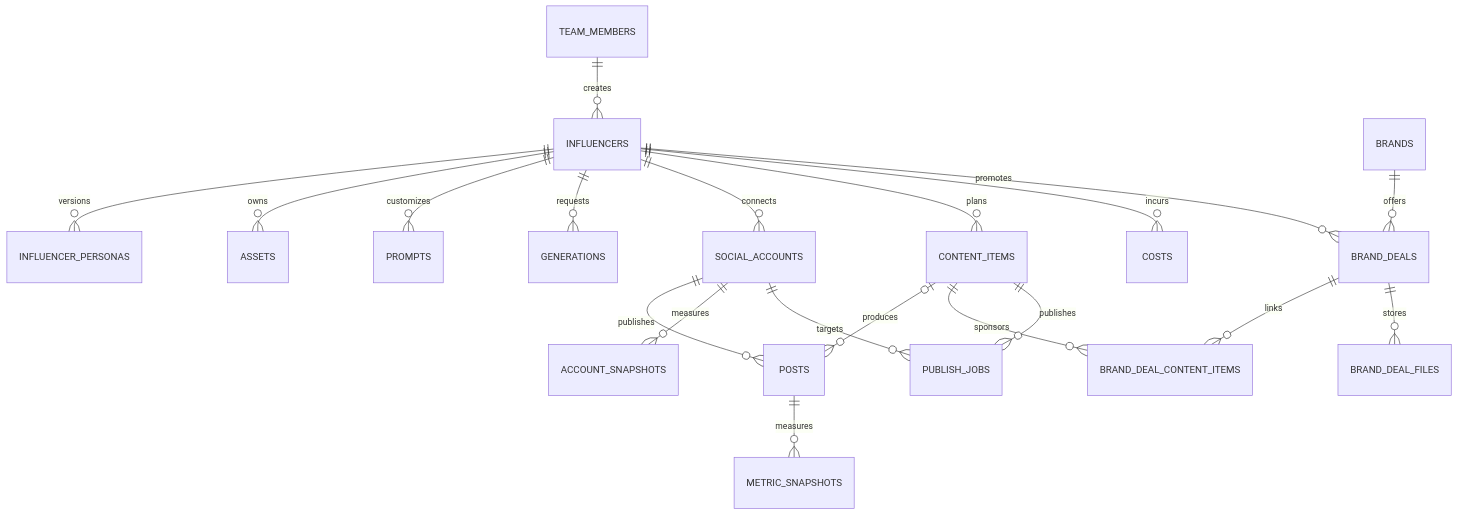
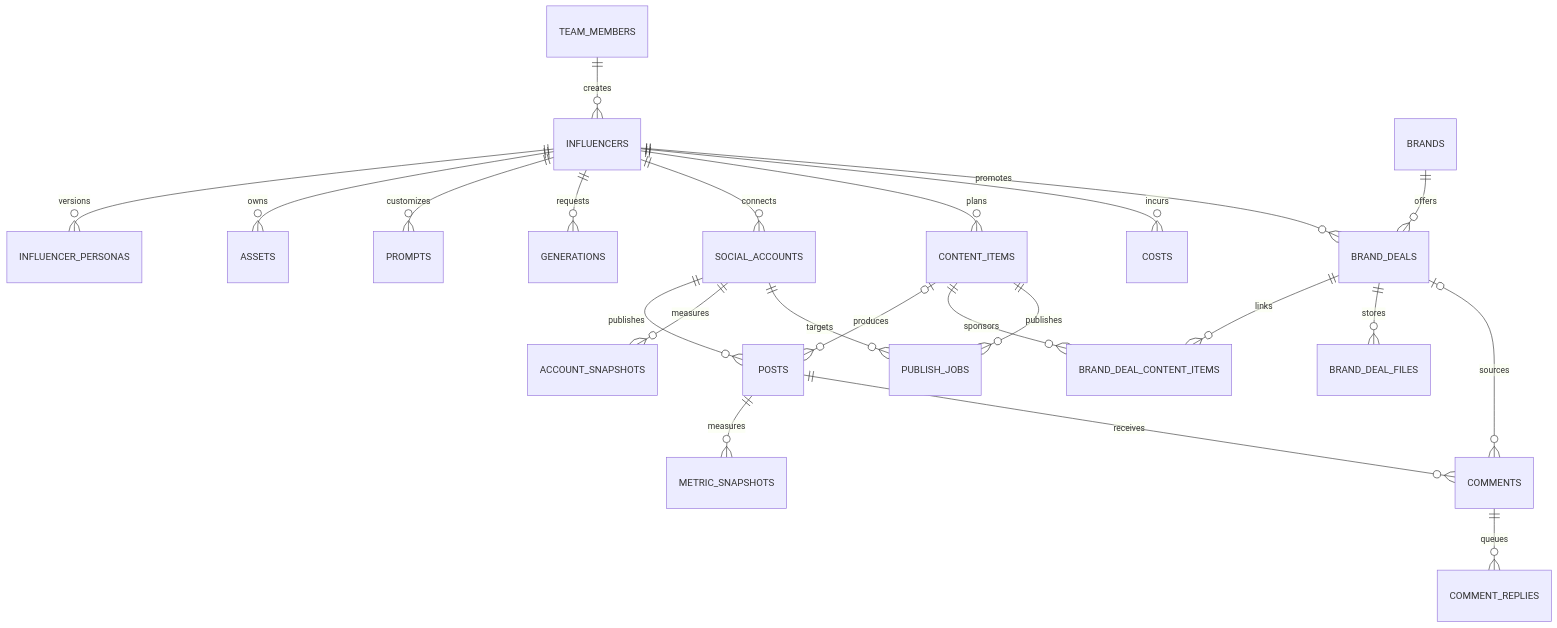
The diagram in docs/data-model.md (EBALCW/ai-influencer), drawn with Mermaid before and after one commit. The commit also changed other lines of this file and 49 other files, not shown here.

````diff
--- a/docs/data-model.md
+++ b/docs/data-model.md
@@ -7,22 +7,25 @@
 ```mermaid
 erDiagram
   TEAM_MEMBERS ||--o{ INFLUENCERS : creates
   INFLUENCERS ||--o{ INFLUENCER_PERSONAS : versions
   INFLUENCERS ||--o{ ASSETS : owns
   INFLUENCERS ||--o{ PROMPTS : customizes
   INFLUENCERS ||--o{ GENERATIONS : requests
   INFLUENCERS ||--o{ SOCIAL_ACCOUNTS : connects
   INFLUENCERS ||--o{ CONTENT_ITEMS : plans
   SOCIAL_ACCOUNTS ||--o{ POSTS : publishes
   CONTENT_ITEMS o|--o{ POSTS : produces
   POSTS ||--o{ METRIC_SNAPSHOTS : measures
   SOCIAL_ACCOUNTS ||--o{ ACCOUNT_SNAPSHOTS : measures
   INFLUENCERS ||--o{ COSTS : incurs
   BRANDS ||--o{ BRAND_DEALS : offers
   INFLUENCERS ||--o{ BRAND_DEALS : promotes
   BRAND_DEALS ||--o{ BRAND_DEAL_CONTENT_ITEMS : links
   CONTENT_ITEMS ||--o{ BRAND_DEAL_CONTENT_ITEMS : sponsors
   CONTENT_ITEMS ||--o{ PUBLISH_JOBS : publishes
   SOCIAL_ACCOUNTS ||--o{ PUBLISH_JOBS : targets
   BRAND_DEALS ||--o{ BRAND_DEAL_FILES : stores
+  POSTS ||--o{ COMMENTS : receives
+  COMMENTS ||--o{ COMMENT_REPLIES : queues
+  BRAND_DEALS o|--o{ COMMENTS : sources
 ```
````
